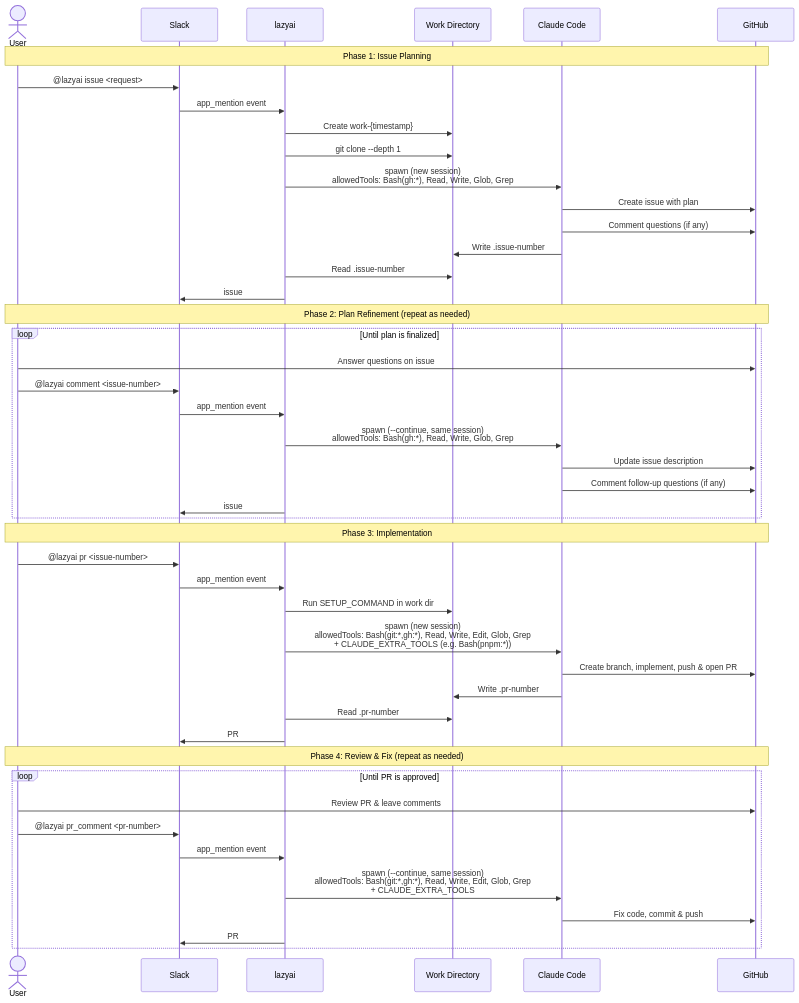
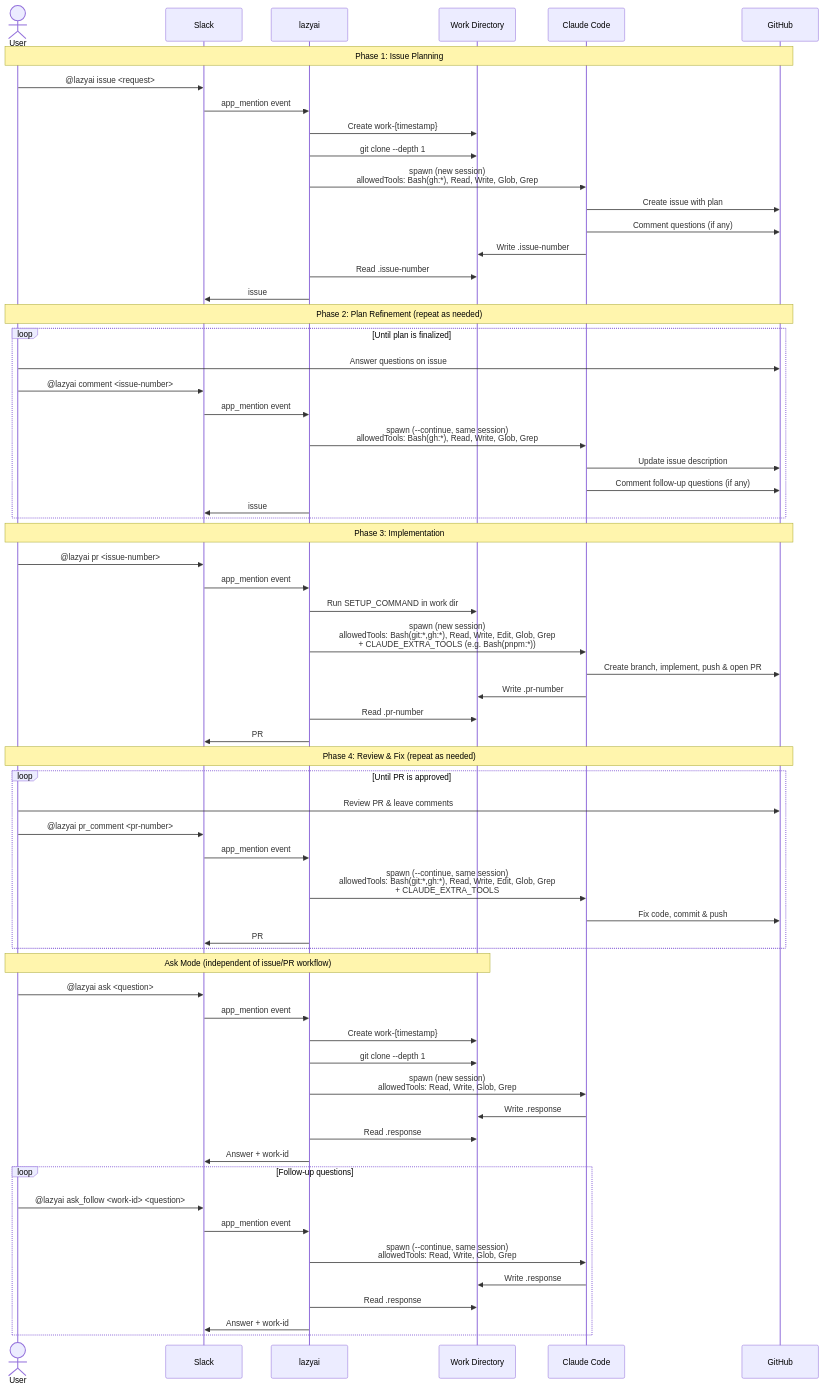
The diagram in README.md (gtnao/lazyai), drawn with Mermaid before and after one commit. The commit also changed other lines of this file and 1 other file, not shown here.

Commit message:
Add ask/ask_follow commands for codebase Q&A via Slack

````diff
--- a/README.md
+++ b/README.md
@@ -9,56 +9,76 @@
 ```mermaid
 sequenceDiagram
     actor User
     participant Slack
     participant lazyai
     participant FS as Work Directory
     participant Claude as Claude Code
     participant GitHub
 
     Note over User,GitHub: Phase 1: Issue Planning
 
     User->>Slack: @lazyai issue <request>
     Slack->>lazyai: app_mention event
     lazyai->>FS: Create work-{timestamp}
     lazyai->>FS: git clone --depth 1
     lazyai->>Claude: spawn (new session)<br/>allowedTools: Bash(gh:*), Read, Write, Glob, Grep
     Claude->>GitHub: Create issue with plan
     Claude->>GitHub: Comment questions (if any)
     Claude->>FS: Write .issue-number
     lazyai->>FS: Read .issue-number
     lazyai->>Slack: issue #N created (work-xxx)
 
     Note over User,GitHub: Phase 2: Plan Refinement (repeat as needed)
 
     loop Until plan is finalized
         User->>GitHub: Answer questions on issue
         User->>Slack: @lazyai comment <issue-number>
         Slack->>lazyai: app_mention event
         lazyai->>Claude: spawn (--continue, same session)<br/>allowedTools: Bash(gh:*), Read, Write, Glob, Grep
         Claude->>GitHub: Update issue description
         Claude->>GitHub: Comment follow-up questions (if any)
         lazyai->>Slack: issue #N updated (work-xxx)
     end
 
     Note over User,GitHub: Phase 3: Implementation
 
     User->>Slack: @lazyai pr <issue-number>
     Slack->>lazyai: app_mention event
     lazyai->>FS: Run SETUP_COMMAND in work dir
     lazyai->>Claude: spawn (new session)<br/>allowedTools: Bash(git:*,gh:*), Read, Write, Edit, Glob, Grep<br/>+ CLAUDE_EXTRA_TOOLS (e.g. Bash(pnpm:*))
     Claude->>GitHub: Create branch, implement, push & open PR
     Claude->>FS: Write .pr-number
     lazyai->>FS: Read .pr-number
     lazyai->>Slack: PR #N created (work-xxx)
 
     Note over User,GitHub: Phase 4: Review & Fix (repeat as needed)
 
     loop Until PR is approved
         User->>GitHub: Review PR & leave comments
         User->>Slack: @lazyai pr_comment <pr-number>
         Slack->>lazyai: app_mention event
         lazyai->>Claude: spawn (--continue, same session)<br/>allowedTools: Bash(git:*,gh:*), Read, Write, Edit, Glob, Grep<br/>+ CLAUDE_EXTRA_TOOLS
         Claude->>GitHub: Fix code, commit & push
         lazyai->>Slack: PR #N updated (work-xxx)
     end
+
+    Note over User,FS: Ask Mode (independent of issue/PR workflow)
+
+    User->>Slack: @lazyai ask <question>
+    Slack->>lazyai: app_mention event
+    lazyai->>FS: Create work-{timestamp}
+    lazyai->>FS: git clone --depth 1
+    lazyai->>Claude: spawn (new session)<br/>allowedTools: Read, Write, Glob, Grep
+    Claude->>FS: Write .response
+    lazyai->>FS: Read .response
+    lazyai->>Slack: Answer + work-id
+
+    loop Follow-up questions
+        User->>Slack: @lazyai ask_follow <work-id> <question>
+        Slack->>lazyai: app_mention event
+        lazyai->>Claude: spawn (--continue, same session)<br/>allowedTools: Read, Write, Glob, Grep
+        Claude->>FS: Write .response
+        lazyai->>FS: Read .response
+        lazyai->>Slack: Answer + work-id
+    end
 ```
````
